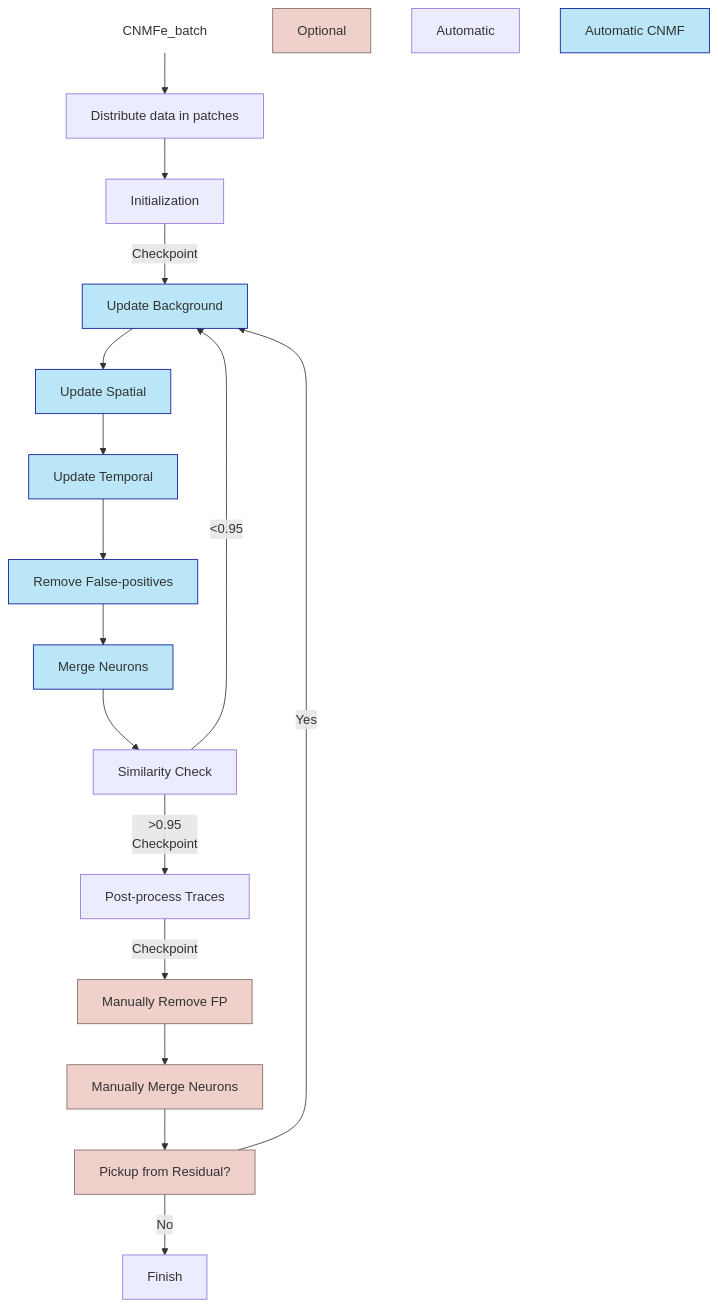
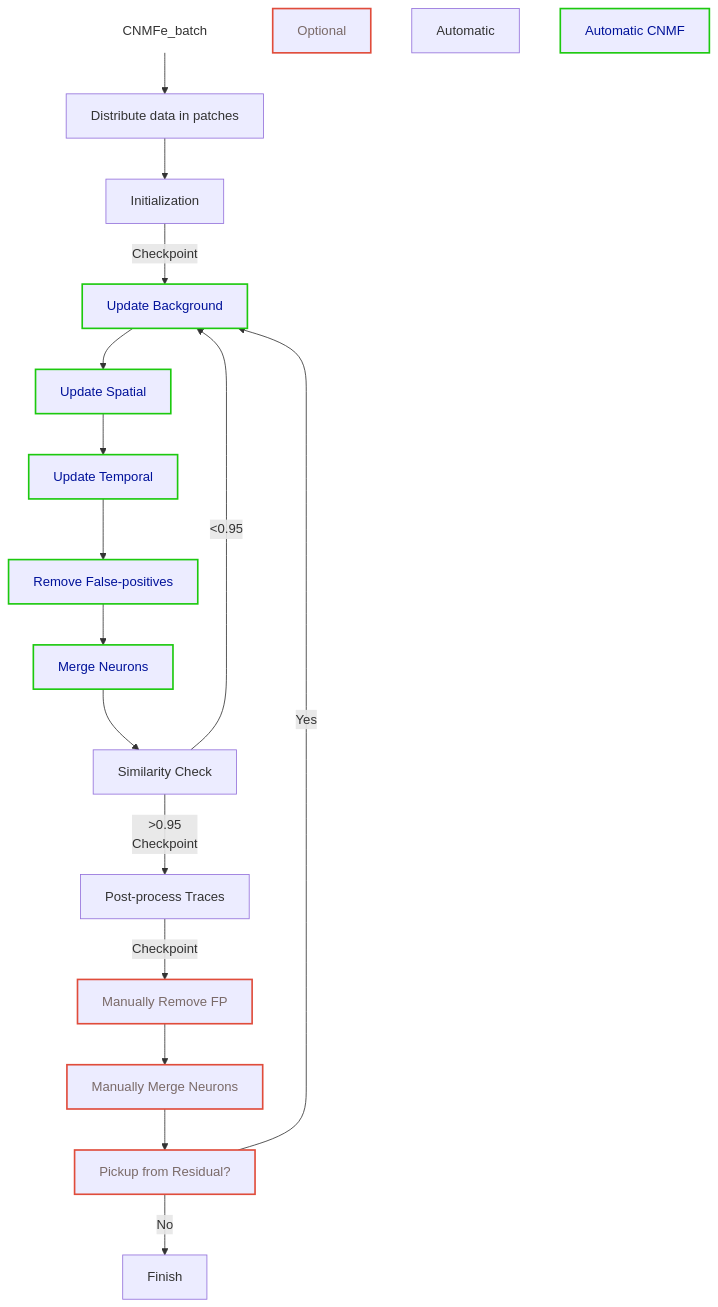
Before and after one commit to CaliAli-PV/CaliAli: the diagram in docs/extraction.md, drawn with Mermaid. The commit also changed other lines of this file and 10 other files, not shown here.

````diff
--- a/docs/extraction.md
+++ b/docs/extraction.md
@@ -81,35 +81,35 @@
 ``` mermaid
 graph TD;
 	A[CNMFe_batch] --> B[Distribute data in patches];
 	B --> C[Initialization];
 	C --> |Checkpoint| D[Update Background];
 	D --> E[Update Spatial];
 	E --> F[Update Temporal];
 	F --> G[Remove False-positives];
 	G --> H[Merge Neurons];
 	H --> I[Similarity Check];
 	I -->|<0.95| D;
 	I -->|>0.95<br>Checkpoint| J[Post-process Traces];
 	J --> |Checkpoint| K[Manually Remove FP];
 	K --> L[Manually Merge Neurons];
 	L --> M[Pickup from Residual?];
 	M -->|Yes| D;
 	M -->|No| Finish;	
 	
 	O[Optional];
 	P[Automatic];
 	N[Automatic CNMF];
 	
-style A fill:none, stroke:none;	
-style D fill:#BAE6F7, stroke:#00129A;
-style E fill:#BAE6F7, stroke:#00129A;
-style F fill:#BAE6F7, stroke:#00129A;
-style G fill:#BAE6F7, stroke:#00129A;
-style H fill:#BAE6F7, stroke:#00129A;
-style N fill:#BAE6F7, stroke:#00129A;
+style A fill:none, stroke:none;
+style D stroke:#1CC90E, color:#00129A,  stroke-width:2px;
+style E stroke:#1CC90E, color:#00129A,  stroke-width:2px;
+style F stroke:#1CC90E, color:#00129A,  stroke-width:2px;
+style G stroke:#1CC90E, color:#00129A,  stroke-width:2px;
+style H stroke:#1CC90E, color:#00129A,  stroke-width:2px;
+style N stroke:#1CC90E, color:#00129A,  stroke-width:2px;
 
-style K fill:#F0D0CB, stroke:#7A6A68;
-style L fill:#F0D0CB, stroke:#7A6A68;
-style M fill:#F0D0CB, stroke:#7A6A68;
-style O fill:#F0D0CB, stroke:#7A6A68;
+style K stroke:#E04C3B, color:#7A6A68,  stroke-width:2px; 
+style L stroke:#E04C3B, color:#7A6A68,  stroke-width:2px;
+style M stroke:#E04C3B, color:#7A6A68,  stroke-width:2px;
+style O stroke:#E04C3B, color:#7A6A68,  stroke-width:2px;
 ```
````
